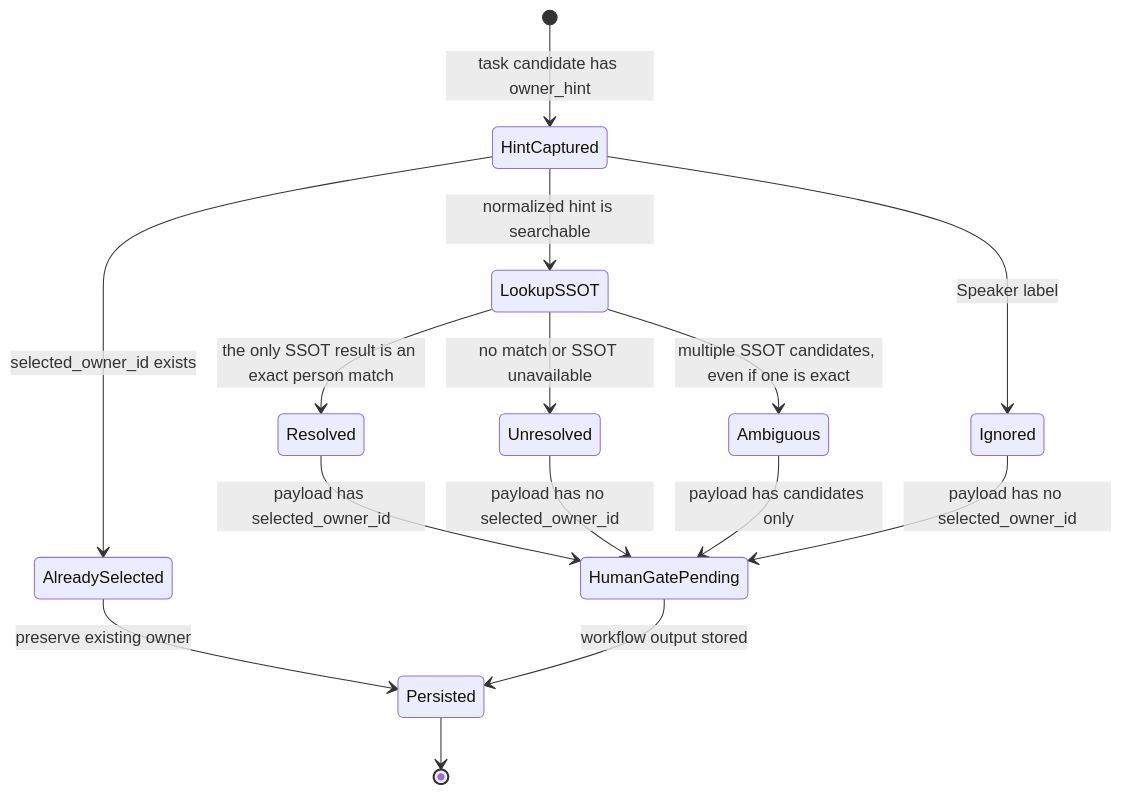
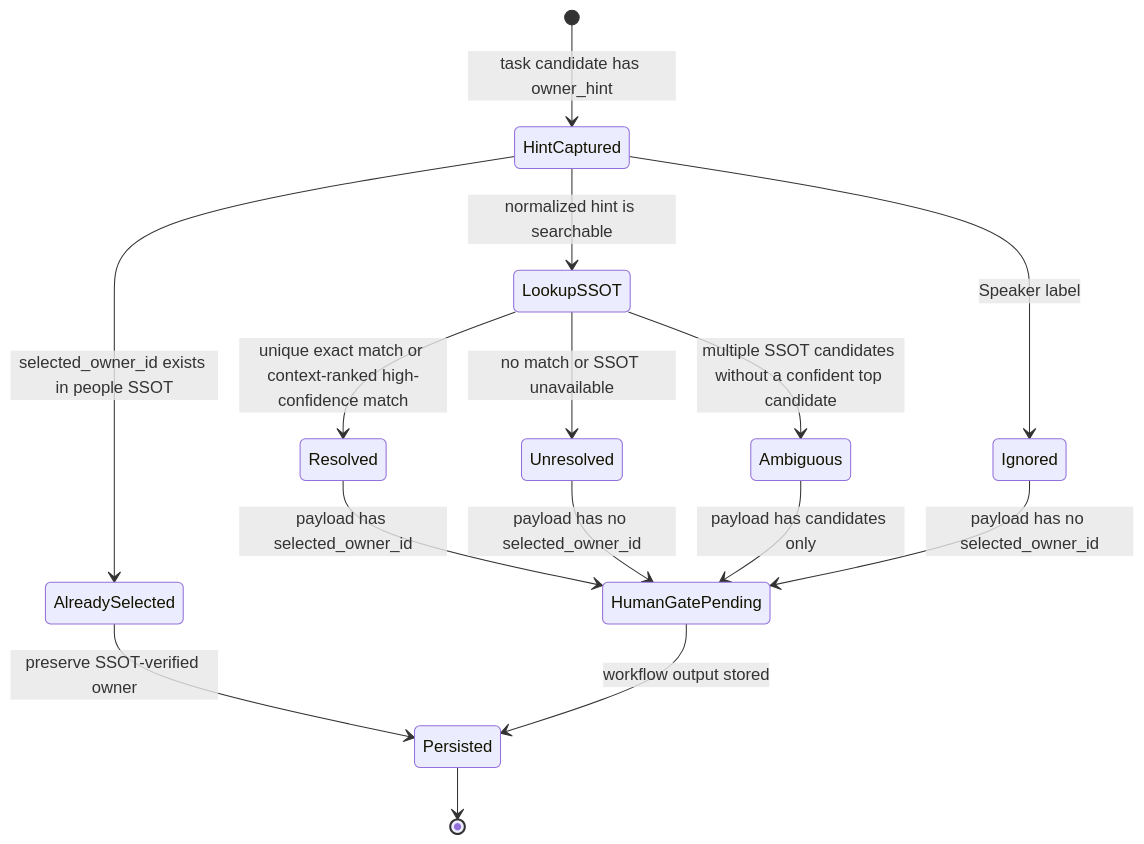
The second of 3 diagrams in docs/architecture/meeting-task-owner-ssot-resolution-architecture.md (Unson-LLC/brainbase), drawn with Mermaid before and after one commit. The commit also changed other lines of this file and 8 other files, not shown here.

First line of the commit message:
story-meeting-task-owner-ssot-resolution - Meeting Task Owners Resolve from people SSOT (#998)

````diff
--- a/docs/architecture/meeting-task-owner-ssot-resolution-architecture.md
+++ b/docs/architecture/meeting-task-owner-ssot-resolution-architecture.md
@@ -24,17 +25,17 @@
 ```mermaid
 stateDiagram-v2
   [*] --> HintCaptured: task candidate has owner_hint
-  HintCaptured --> AlreadySelected: selected_owner_id exists
-  AlreadySelected --> Persisted: preserve existing owner
+  HintCaptured --> AlreadySelected: selected_owner_id exists in people SSOT
+  AlreadySelected --> Persisted: preserve SSOT-verified owner
   HintCaptured --> Ignored: Speaker label
   HintCaptured --> LookupSSOT: normalized hint is searchable
-  LookupSSOT --> Resolved: the only SSOT result is an exact person match
+  LookupSSOT --> Resolved: unique exact match or context-ranked high-confidence match
   LookupSSOT --> Unresolved: no match or SSOT unavailable
-  LookupSSOT --> Ambiguous: multiple SSOT candidates, even if one is exact
+  LookupSSOT --> Ambiguous: multiple SSOT candidates without a confident top candidate
   Resolved --> HumanGatePending: payload has selected_owner_id
   Unresolved --> HumanGatePending: payload has no selected_owner_id
   Ambiguous --> HumanGatePending: payload has candidates only
   Ignored --> HumanGatePending: payload has no selected_owner_id
   HumanGatePending --> Persisted: workflow output stored
   Persisted --> [*]
 ```
````
